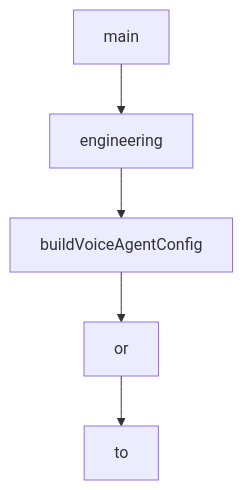
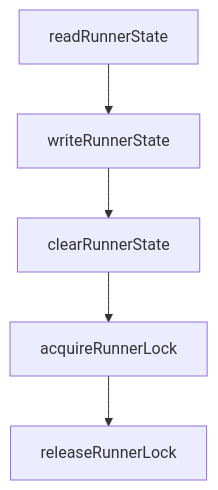
The diagram in tutorials/hapi-tutorial/06-pwa-telegram-and-extensions.md (johnxie/awesome-code-docs), drawn with Mermaid before and after one commit. The commit also changed other lines of this file and 1232 other files, not shown here.

````diff
--- a/tutorials/hapi-tutorial/06-pwa-telegram-and-extensions.md
+++ b/tutorials/hapi-tutorial/06-pwa-telegram-and-extensions.md
@@ -256,12 +244,12 @@
 ```mermaid
 flowchart TD
-    A[main]
-    B[engineering]
-    C[buildVoiceAgentConfig]
-    D[or]
-    E[to]
+    A[readRunnerState]
+    B[writeRunnerState]
+    C[clearRunnerState]
+    D[acquireRunnerLock]
+    E[releaseRunnerLock]
     A --> B
     B --> C
     C --> D
     D --> E
 ```
````
